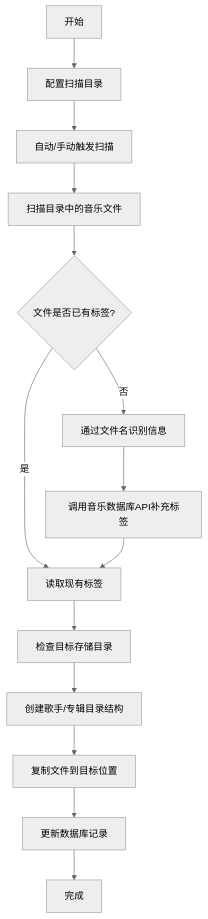
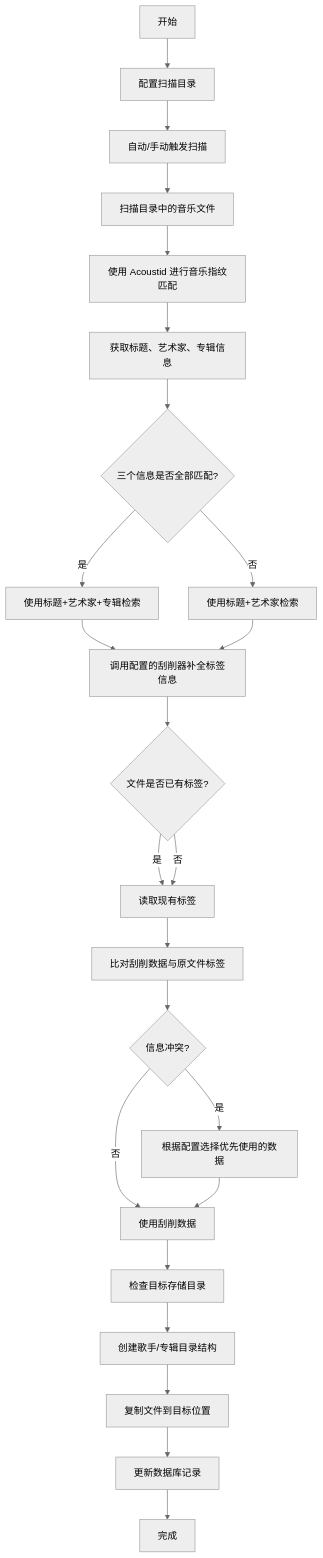
One commit to WNotCoder/music-organize changed the first of 2 diagrams in docs/PRD.md. Above: the diagram before and after it, drawn with Mermaid (neutral theme). The commit also changed other lines of this file and 38 other files, not shown here.

````diff
--- a/docs/PRD.md
+++ b/docs/PRD.md
@@ -54,16 +56,26 @@
 ```mermaid
 flowchart TD
     A[开始] --> B[配置扫描目录]
     B --> C[自动/手动触发扫描]
     C --> D[扫描目录中的音乐文件]
-    D --> E{文件是否已有标签?}
-    E -->|是| F[读取现有标签]
-    E -->|否| G[通过文件名识别信息]
-    G --> H[调用音乐数据库API补充标签]
-    H --> F
-    F --> I[检查目标存储目录]
-    I --> J[创建歌手/专辑目录结构]
-    J --> K[复制文件到目标位置]
-    K --> L[更新数据库记录]
-    L --> M[完成]
+    D --> E[使用 Acoustid 进行音乐指纹匹配]
+    E --> F[获取标题、艺术家、专辑信息]
+    F --> G{三个信息是否全部匹配?}
+    G -->|是| H[使用标题+艺术家+专辑检索]
+    G -->|否| I[使用标题+艺术家检索]
+    H --> J[调用配置的刮削器补全标签信息]
+    I --> J
+    J --> K{文件是否已有标签?}
+    K -->|是| L[读取现有标签]
+    K -->|否| L
+    L --> M[比对刮削数据与原文件标签]
+    M --> N{信息冲突?}
+    N -->|是| O[根据配置选择优先使用的数据]
+    N -->|否| P[使用刮削数据]
+    O --> P
+    P --> Q[检查目标存储目录]
+    Q --> R[创建歌手/专辑目录结构]
+    R --> S[复制文件到目标位置]
+    S --> T[更新数据库记录]
+    T --> U[完成]
 ```
````
